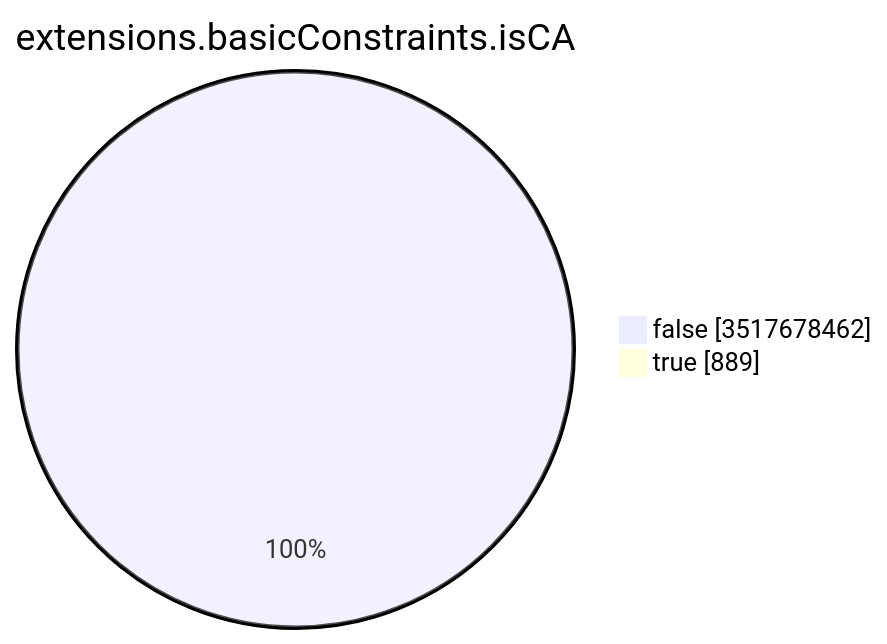
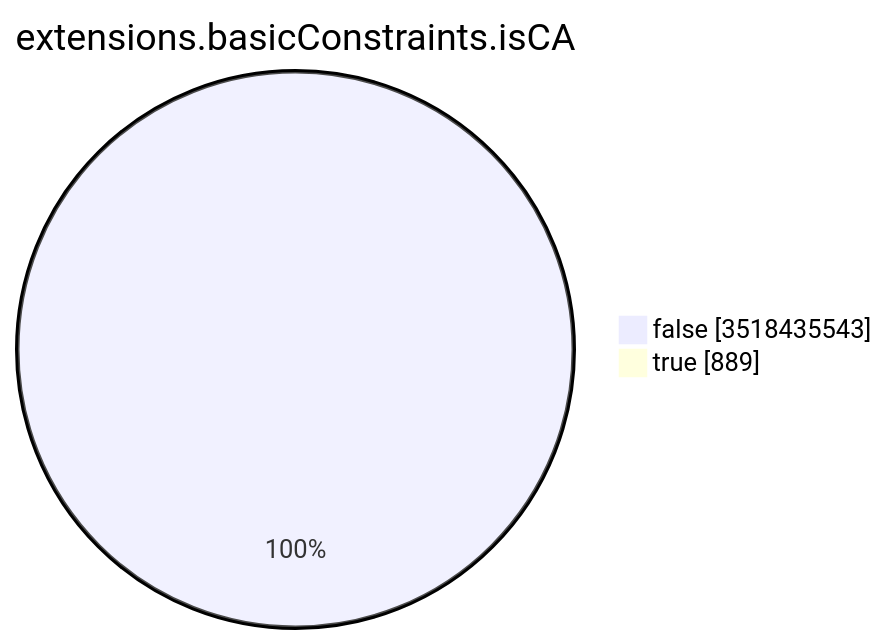
The seventh of 15 diagrams in TOTAL/README.md (christiankrug/ctmonitor_visualization), drawn with Mermaid before and after one commit. The commit also changed other lines of this file, not shown here.

````diff
--- a/TOTAL/README.md
+++ b/TOTAL/README.md
@@ -3094,6 +3094,6 @@
 ```mermaid
 pie showData
 title extensions.basicConstraints.isCA
-"false" :3517678462
+"false" :3518435543
 "true" :889
 ```
````
